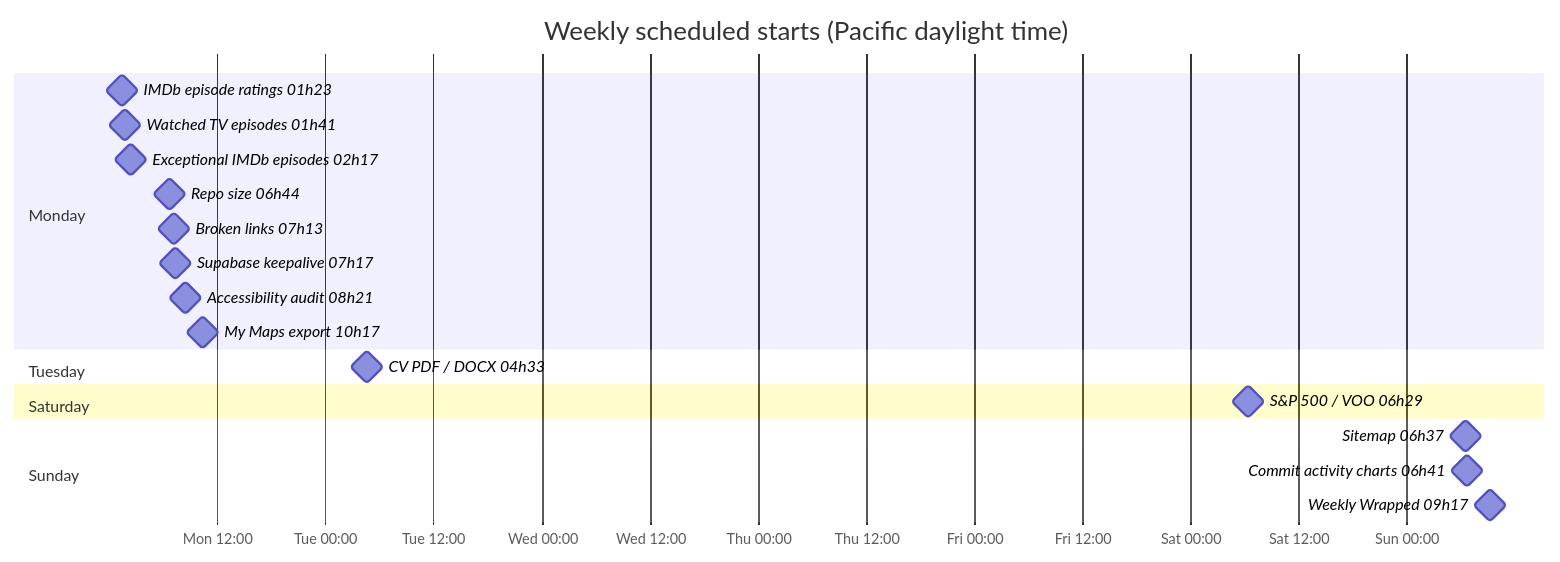
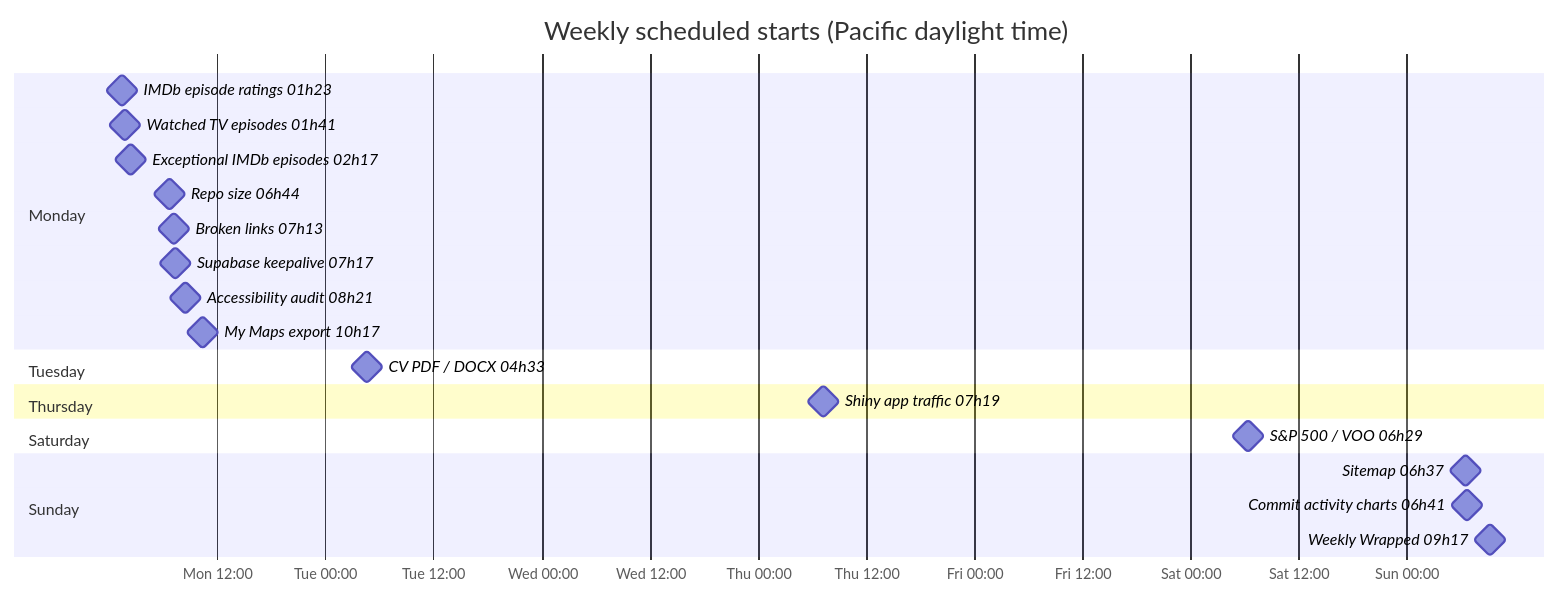
One commit to cavandonohoe/cavandonohoe.github.io changed the second of 3 diagrams in ACTIONS_SCHEDULE.md. Above: the diagram before and after it, drawn with Mermaid. The commit also changed other lines of this file and 6 other files, not shown here.

````diff
--- a/ACTIONS_SCHEDULE.md
+++ b/ACTIONS_SCHEDULE.md
@@ -73,24 +73,26 @@
 ```mermaid
 gantt
     title Weekly scheduled starts (Pacific daylight time)
     dateFormat YYYY-MM-DD HH:mm
     axisFormat %a %H:%M
     todayMarker off
     section Monday
     IMDb episode ratings 01h23 :milestone, week1_0, 2026-10-05 01:23, 0m
     Watched TV episodes 01h41 :milestone, week1_1, 2026-10-05 01:41, 0m
     Exceptional IMDb episodes 02h17 :milestone, week1_2, 2026-10-05 02:17, 0m
     Repo size 06h44 :milestone, week1_3, 2026-10-05 06:44, 0m
     Broken links 07h13 :milestone, week1_4, 2026-10-05 07:13, 0m
     Supabase keepalive 07h17 :milestone, week1_5, 2026-10-05 07:17, 0m
     Accessibility audit 08h21 :milestone, week1_6, 2026-10-05 08:21, 0m
     My Maps export 10h17 :milestone, week1_7, 2026-10-05 10:17, 0m
     section Tuesday
     CV PDF / DOCX 04h33 :milestone, week2_0, 2026-10-06 04:33, 0m
+    section Thursday
+    Shiny app traffic 07h19 :milestone, week4_0, 2026-10-08 07:19, 0m
     section Saturday
     S&P 500 / VOO 06h29 :milestone, week6_0, 2026-10-10 06:29, 0m
     section Sunday
     Sitemap 06h37 :milestone, week0_0, 2026-10-11 06:37, 0m
     Commit activity charts 06h41 :milestone, week0_1, 2026-10-11 06:41, 0m
     Weekly Wrapped 09h17 :milestone, week0_2, 2026-10-11 09:17, 0m
 ```
````
